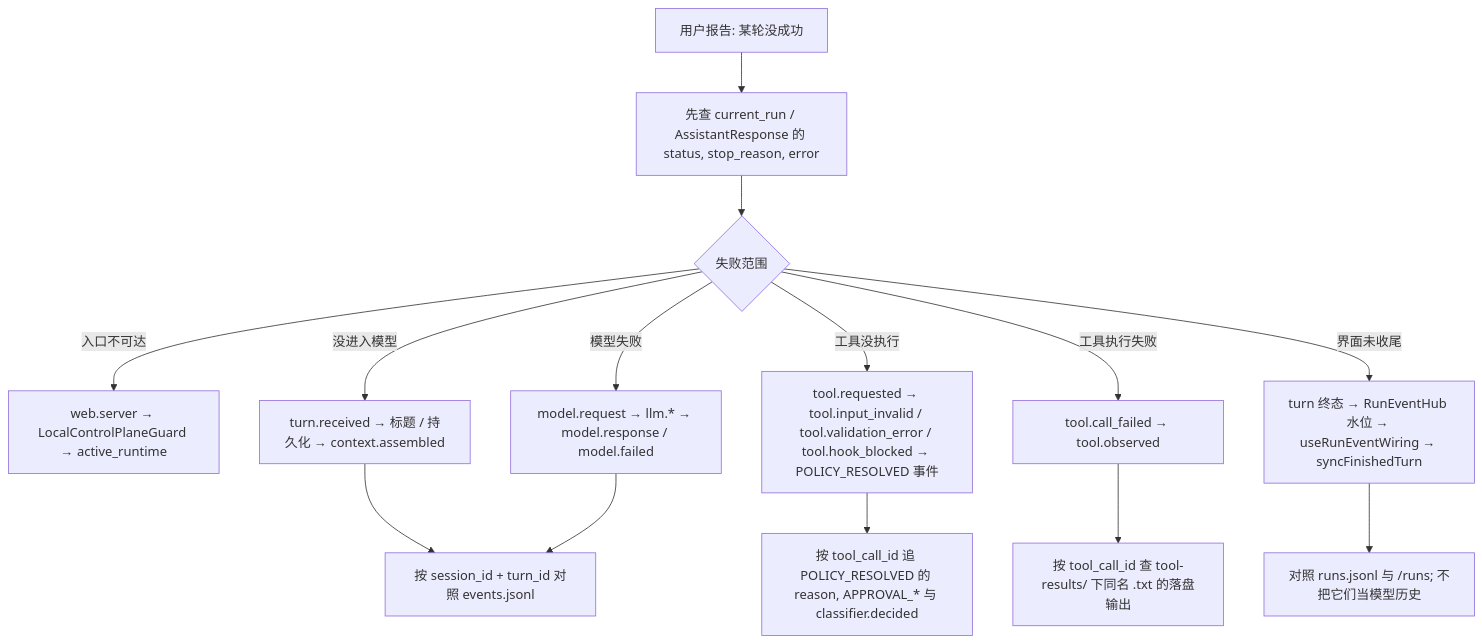
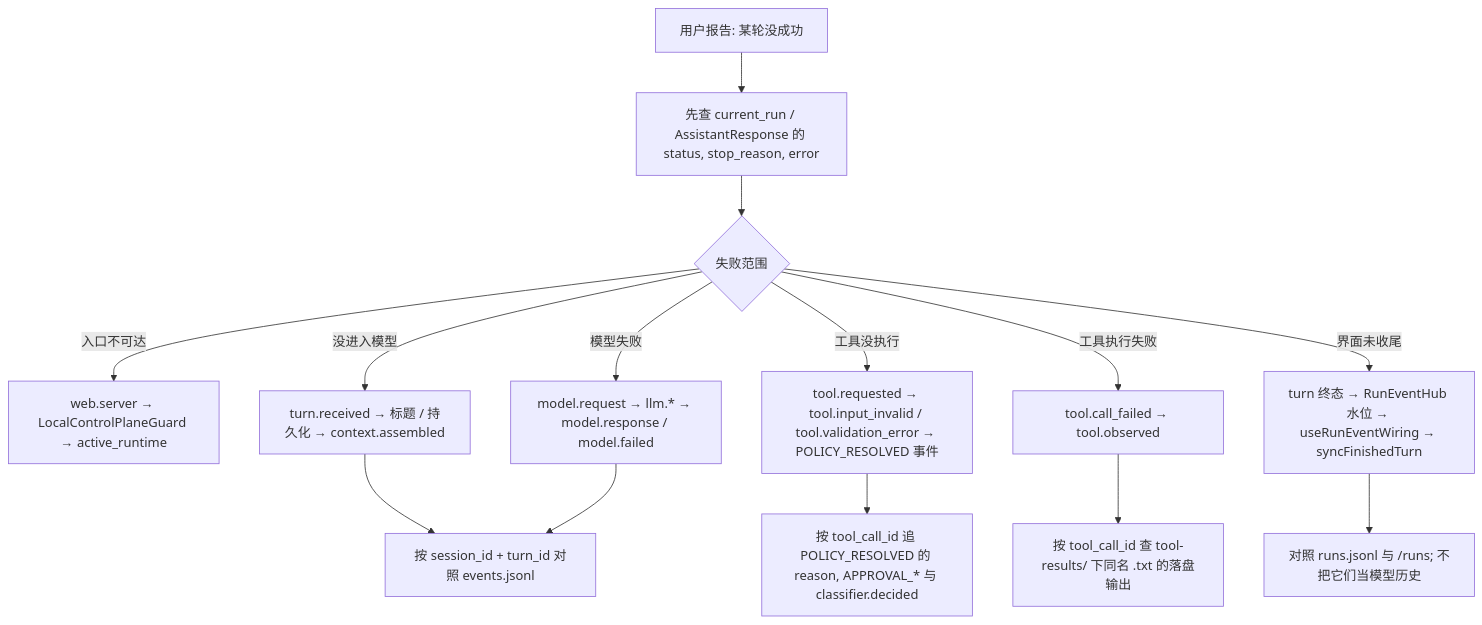
One commit to qubaolai/ForgeCLI changed diagram 50 of 53 in docs/06-代码阅读线路.md. Above: the diagram before and after it, drawn with Mermaid. The commit also changed other lines of this file and 54 other files, not shown here.

````diff
--- a/docs/06-代码阅读线路.md
+++ b/docs/06-代码阅读线路.md
@@ -1980,16 +1974,16 @@
 ```mermaid
 flowchart TD
     A["用户报告: 某轮没成功"] --> B["先查 current_run / AssistantResponse 的 status, stop_reason, error"]
     B --> C{"失败范围"}
     C -->|入口不可达| D["web.server → LocalControlPlaneGuard → active_runtime"]
     C -->|没进入模型| E["turn.received → 标题 / 持久化 → context.assembled"]
     C -->|模型失败| F["model.request → llm.* → model.response / model.failed"]
-    C -->|工具没执行| G["tool.requested → tool.input_invalid / tool.validation_error / tool.hook_blocked → POLICY_RESOLVED 事件"]
+    C -->|工具没执行| G["tool.requested → tool.input_invalid / tool.validation_error → POLICY_RESOLVED 事件"]
     C -->|工具执行失败| H["tool.call_failed → tool.observed"]
     C -->|界面未收尾| I["turn 终态 → RunEventHub 水位 → useRunEventWiring → syncFinishedTurn"]
     G --> J["按 tool_call_id 追 POLICY_RESOLVED 的 reason, APPROVAL_* 与 classifier.decided"]
     H --> K["按 tool_call_id 查 tool-results/ 下同名 .txt 的落盘输出"]
     E --> L["按 session_id + turn_id 对照 events.jsonl"]
     F --> L
     I --> M["对照 runs.jsonl 与 /runs; 不把它们当模型历史"]
 ```
````
